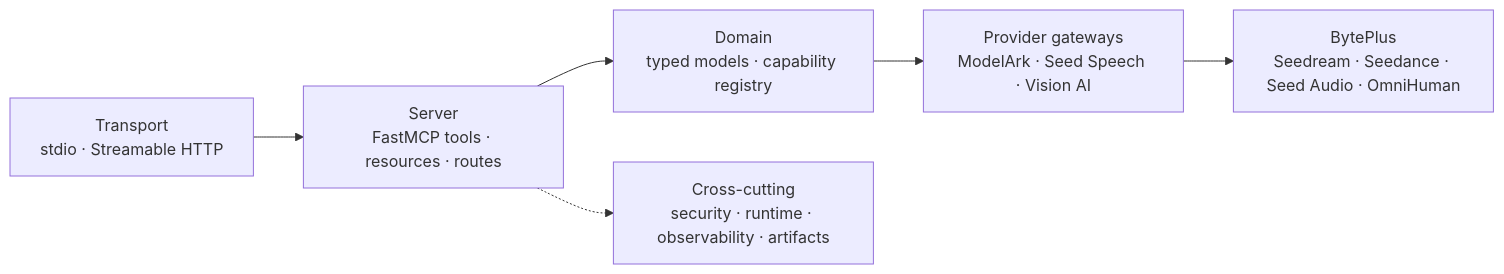
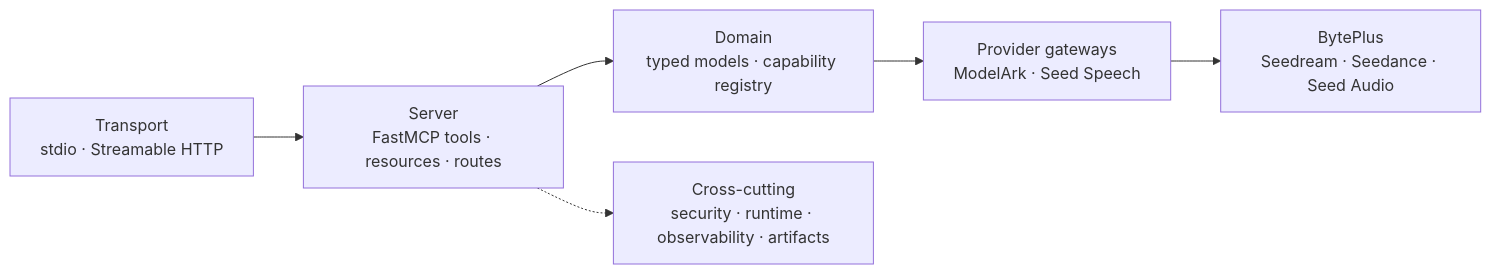
One commit to byteplus-sa/seed-mcp changed the second of 3 diagrams in README.md. Above: the diagram before and after it, drawn with Mermaid. The commit also changed other lines of this file and 113 other files, not shown here.

First line of the commit message:
refactor!: remove OmniHuman support and credentials

````diff
--- a/README.md
+++ b/README.md
@@ -188,8 +186,8 @@
 ```mermaid
 flowchart LR
   L1["Transport<br/>stdio · Streamable HTTP"] --> L2["Server<br/>FastMCP tools · resources · routes"]
   L2 --> L3["Domain<br/>typed models · capability registry"]
-  L3 --> L4["Provider gateways<br/>ModelArk · Seed Speech · Vision AI"]
-  L4 --> L5["BytePlus<br/>Seedream · Seedance · Seed Audio · OmniHuman"]
+  L3 --> L4["Provider gateways<br/>ModelArk · Seed Speech"]
+  L4 --> L5["BytePlus<br/>Seedream · Seedance · Seed Audio"]
   L2 -.-> X["Cross-cutting<br/>security · runtime · observability · artifacts"]
 ```
````
